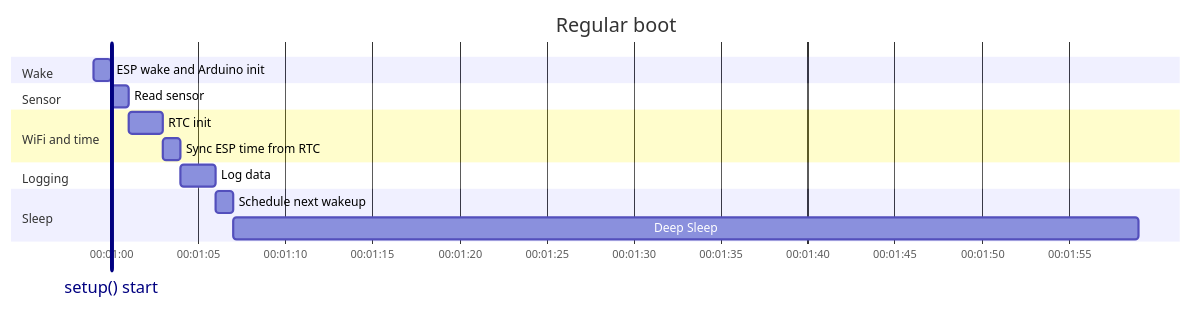
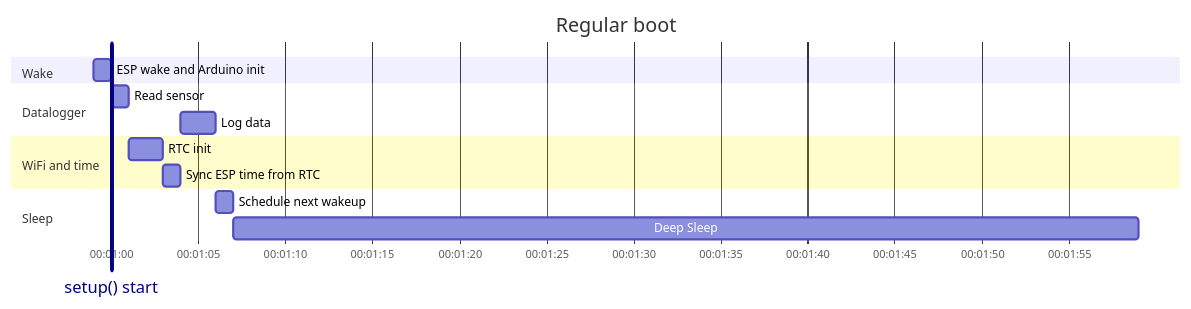
The second of 4 diagrams in README.md (hamk-uas/esp32c3-arduino-sensor-iot-skeleton), drawn with Mermaid before and after one commit. The commit also changed other lines of this file, not shown here.

Commit message:
Rename 'Sensor' section to 'Datalogger'

````diff
--- a/README.md
+++ b/README.md
@@ -151,26 +151,24 @@
 ```mermaid
 gantt
     title Regular boot
 
     dateFormat ms
     axisFormat 00:%M:%S
 
     setup() start : vert, setup_start, 2026-01-01T00:01:00, 0s
 
     section Wake
     ESP wake and Arduino init   :wake, 2026-01-01T00:00:59, 1s
 
-    section Sensor
+    section Datalogger
     Read sensor                      :sensor, after wake, 1s
+    Log data                         :log, after espsync, 2s
 
     section WiFi and time
     RTC init                         :rtc, after sensor, 2s
     Sync ESP time from RTC           :espsync, after rtc, 1s
 
-    section Logging
-    Log data                         :log, after espsync, 2s
-
     section Sleep
     Schedule next wakeup             :sleepcalc, after log, 1s
     Deep Sleep                       :sleep, after sleepcalc, 52s
 ```
````
